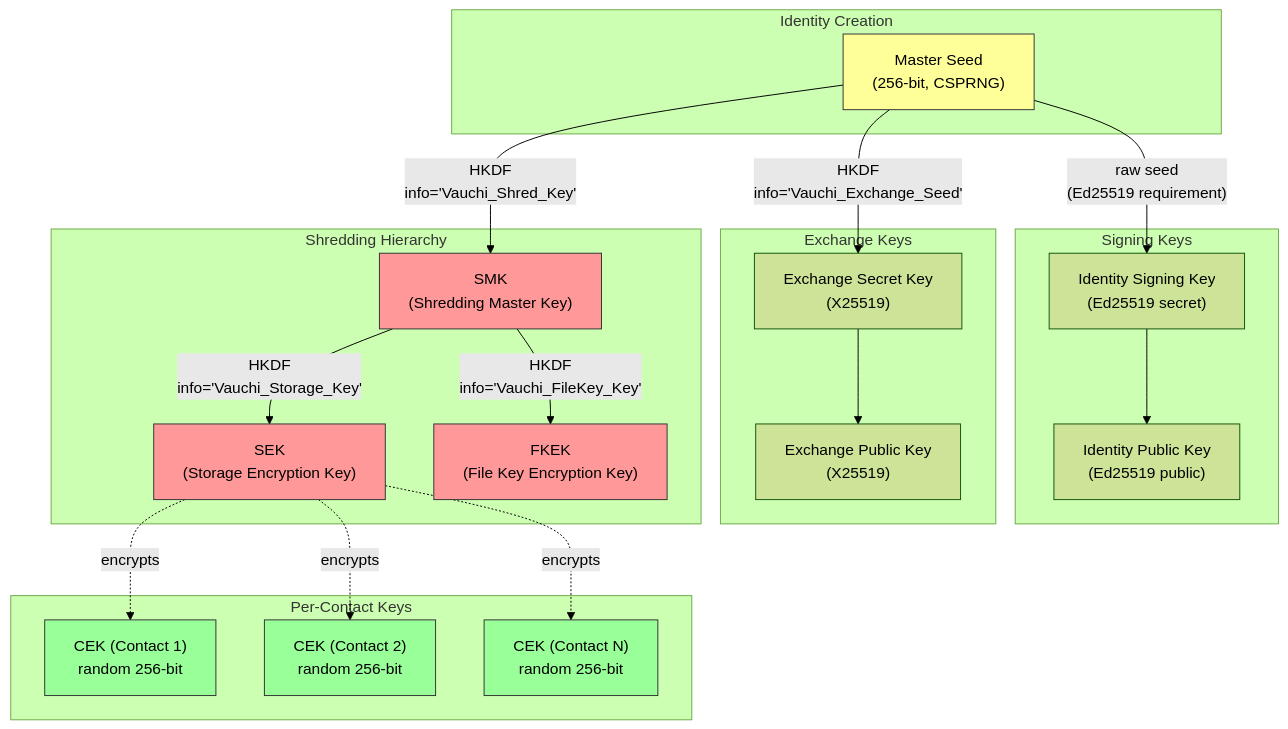
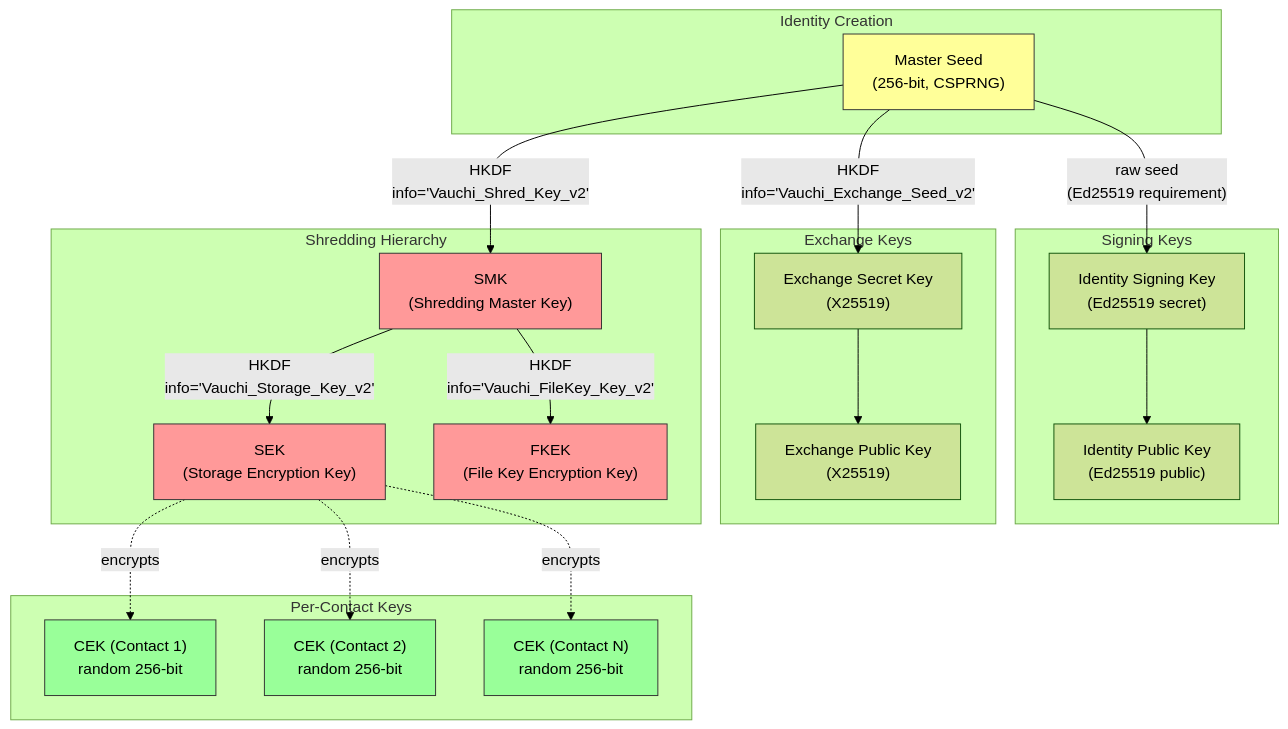
Before and after one commit to vauchi/docs: the first of 6 diagrams in docs/developers/diagrams/crypto-hierarchy.md, drawn with Mermaid (forest theme). The commit also changed 6 other files, not shown here.

````diff
--- a/docs/developers/diagrams/crypto-hierarchy.md
+++ b/docs/developers/diagrams/crypto-hierarchy.md
@@ -10,50 +10,50 @@
 ```mermaid
 flowchart TB
     subgraph Identity["Identity Creation"]
         SEED["Master Seed<br/>(256-bit, CSPRNG)"]
     end
 
     subgraph Signing["Signing Keys"]
         SIGN_SK["Identity Signing Key<br/>(Ed25519 secret)"]
         SIGN_PK["Identity Public Key<br/>(Ed25519 public)"]
     end
 
     subgraph Exchange["Exchange Keys"]
         EXCH_SK["Exchange Secret Key<br/>(X25519)"]
         EXCH_PK["Exchange Public Key<br/>(X25519)"]
     end
 
     subgraph Shredding["Shredding Hierarchy"]
         SMK["SMK<br/>(Shredding Master Key)"]
         SEK["SEK<br/>(Storage Encryption Key)"]
         FKEK["FKEK<br/>(File Key Encryption Key)"]
     end
 
     subgraph PerContact["Per-Contact Keys"]
         CEK1["CEK (Contact 1)<br/>random 256-bit"]
         CEK2["CEK (Contact 2)<br/>random 256-bit"]
         CEK3["CEK (Contact N)<br/>random 256-bit"]
     end
 
     SEED -->|"raw seed<br/>(Ed25519 requirement)"| SIGN_SK
     SIGN_SK --> SIGN_PK
 
-    SEED -->|"HKDF<br/>info='Vauchi_Exchange_Seed'"| EXCH_SK
+    SEED -->|"HKDF<br/>info='Vauchi_Exchange_Seed_v2'"| EXCH_SK
     EXCH_SK --> EXCH_PK
 
-    SEED -->|"HKDF<br/>info='Vauchi_Shred_Key'"| SMK
-    SMK -->|"HKDF<br/>info='Vauchi_Storage_Key'"| SEK
-    SMK -->|"HKDF<br/>info='Vauchi_FileKey_Key'"| FKEK
+    SEED -->|"HKDF<br/>info='Vauchi_Shred_Key_v2'"| SMK
+    SMK -->|"HKDF<br/>info='Vauchi_Storage_Key_v2'"| SEK
+    SMK -->|"HKDF<br/>info='Vauchi_FileKey_Key_v2'"| FKEK
 
     SEK -.->|"encrypts"| CEK1
     SEK -.->|"encrypts"| CEK2
     SEK -.->|"encrypts"| CEK3
 
     style SEED fill:#ff9,stroke:#333
     style SMK fill:#f99,stroke:#333
     style SEK fill:#f99,stroke:#333
     style FKEK fill:#f99,stroke:#333
     style CEK1 fill:#9f9,stroke:#333
     style CEK2 fill:#9f9,stroke:#333
     style CEK3 fill:#9f9,stroke:#333
 ```
````
